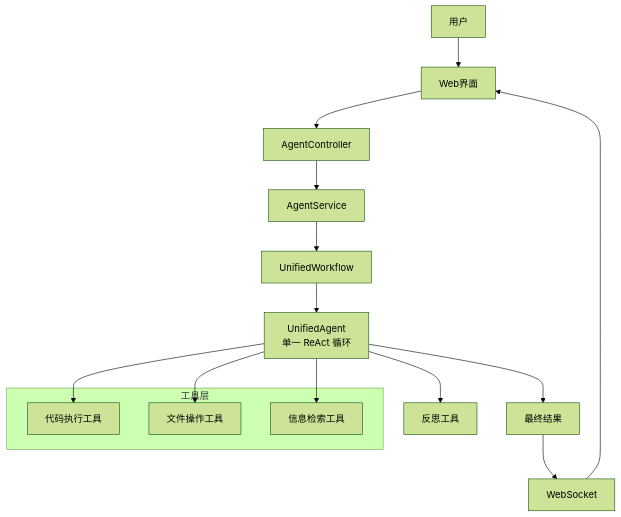
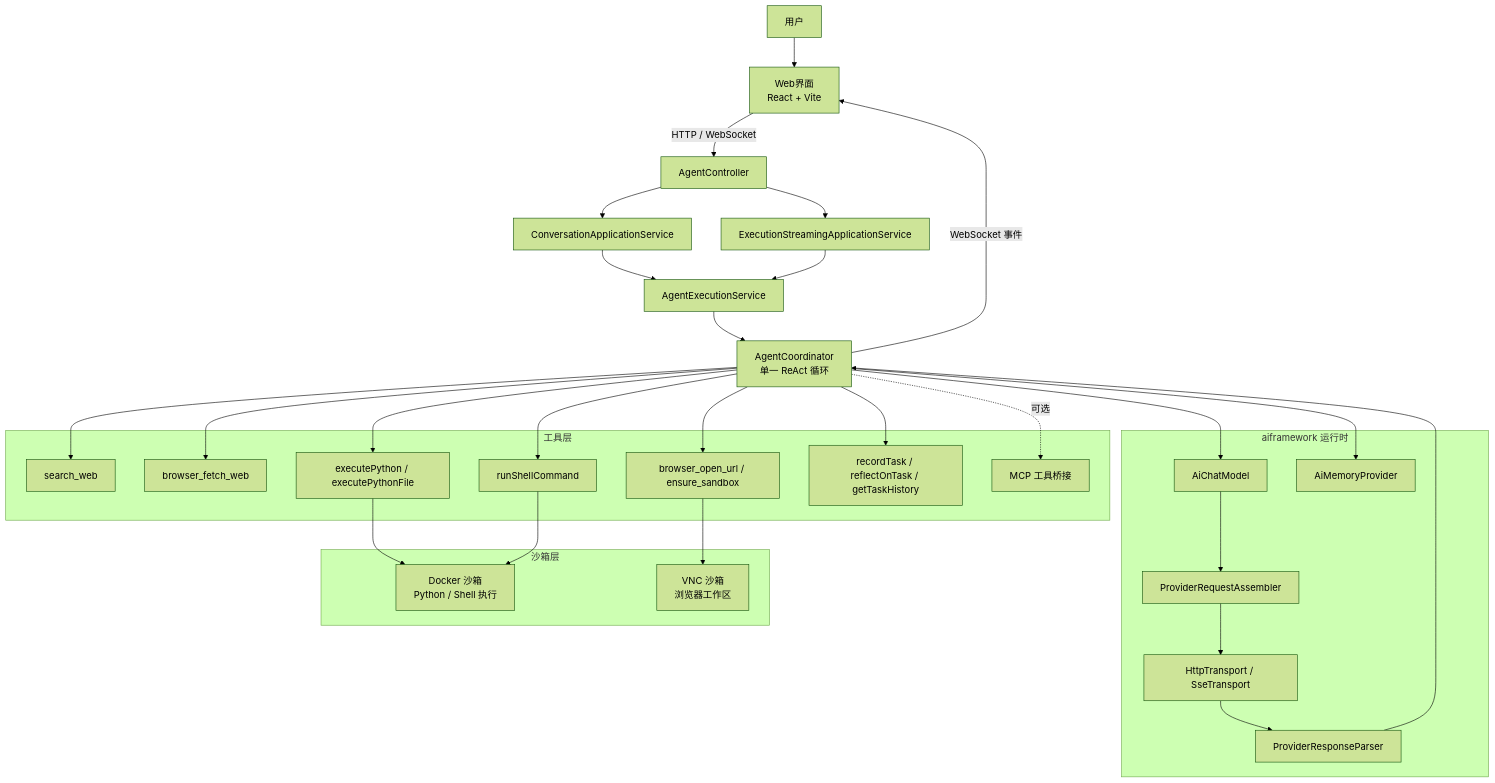
Before and after one commit to gangcaiyoule/OpenManus-Java: the diagram in README_zh.md, drawn with Mermaid (forest theme). The commit also changed other lines of this file and 83 other files, not shown here.

````diff
--- a/README_zh.md
+++ b/README_zh.md
@@ -62,24 +85,57 @@
 ```mermaid
 graph TD
-    User[用户] --> UI[Web界面]
-    UI --> Controller[AgentController]
-    
-    Controller --> Service[AgentService]
-    
-    Service --> Workflow[UnifiedWorkflow]
-    Workflow --> UA[UnifiedAgent<br/>单一 ReAct 循环]
-    
+    User[用户] --> UI[Web界面<br/>React + Vite]
+    UI -->|HTTP / WebSocket| Controller[AgentController]
+
+    Controller --> ConversationService[ConversationApplicationService]
+    Controller --> StreamingService[ExecutionStreamingApplicationService]
+
+    ConversationService --> AgentExecService[AgentExecutionService]
+    StreamingService --> AgentExecService
+
+    AgentExecService --> Coordinator[AgentCoordinator<br/>单一 ReAct 循环]
+
+    subgraph "aiframework 运行时"
+        ChatModel[AiChatModel]
+        Memory[AiMemoryProvider]
+        Assembler[ProviderRequestAssembler]
+        Parser[ProviderResponseParser]
+        Transport[HttpTransport / SseTransport]
+    end
+
+    Coordinator --> ChatModel
+    ChatModel --> Assembler
+    Assembler --> Transport
+    Transport --> Parser
+    Parser --> Coordinator
+    Coordinator --> Memory
+
     subgraph "工具层"
-        CodeTool[代码执行工具]
-        FileTool[文件操作工具]
-        SearchTool[信息检索工具]
+        SearchTool[search_web]
+        WebFetchTool[browser_fetch_web]
+        BrowserTool[browser_open_url / ensure_sandbox]
+        PythonTool[executePython / executePythonFile]
+        ShellTool[runShellCommand]
+        ReflectionTool[recordTask / reflectOnTask / getTaskHistory]
+        McpBridge[MCP 工具桥接]
     end
-    
-    UA --> CodeTool
-    UA --> FileTool
-    UA --> SearchTool
-    UA --> ReflectionTool[反思工具]
 
-    UA --> FinalResult[最终结果]
-    FinalResult --> WebSocket --> UI
+    Coordinator --> SearchTool
+    Coordinator --> WebFetchTool
+    Coordinator --> BrowserTool
+    Coordinator --> PythonTool
+    Coordinator --> ShellTool
+    Coordinator --> ReflectionTool
+    Coordinator -.->|可选| McpBridge
+
+    subgraph "沙箱层"
+        DockerSandbox[Docker 沙箱<br/>Python / Shell 执行]
+        VncSandbox[VNC 沙箱<br/>浏览器工作区]
+    end
+
+    PythonTool --> DockerSandbox
+    ShellTool --> DockerSandbox
+    BrowserTool --> VncSandbox
+
+    Coordinator -->|WebSocket 事件| UI
 ```
````
